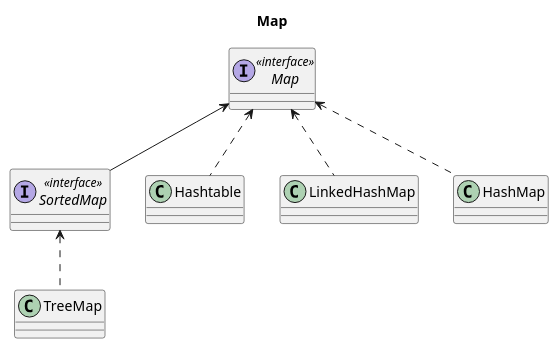
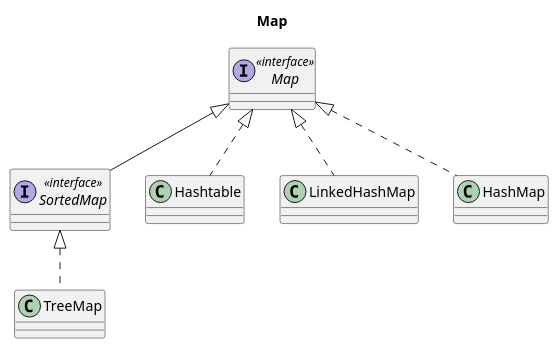
Before and after one commit to lewky/java-note: the second of 3 diagrams in docs/container/数据结构.md, drawn with PlantUML. The commit also changed other lines of this file and 1 other file, not shown here.

````diff
--- a/docs/container/数据结构.md
+++ b/docs/container/数据结构.md
@@ -102,20 +102,20 @@
 ```plantuml
 @startuml
 title Map
 interface Map <<interface>>
 interface SortedMap <<interface>>
 
-Map <-- SortedMap
+Map <|-- SortedMap
 
 class TreeMap
-SortedMap <.. TreeMap
+SortedMap <|.. TreeMap
 
 class Hashtable
 class LinkedHashMap
 class HashMap
 
-Map <.. Hashtable
-Map <.. LinkedHashMap
-Map <.. HashMap
+Map <|.. Hashtable
+Map <|.. LinkedHashMap
+Map <|.. HashMap
 @enduml
 ```
````
